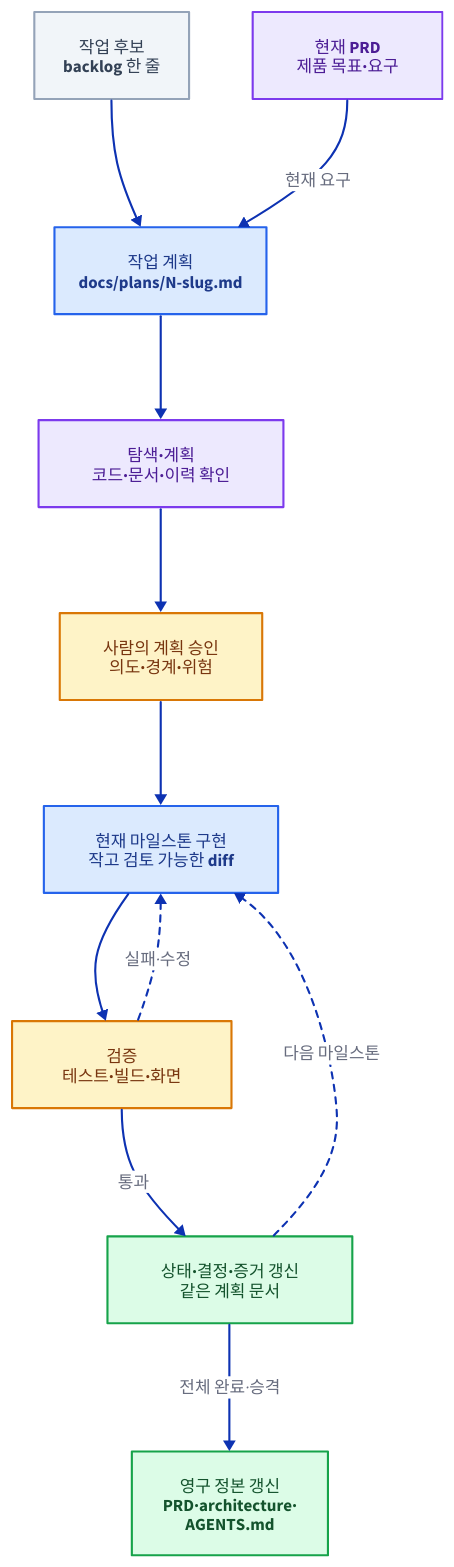
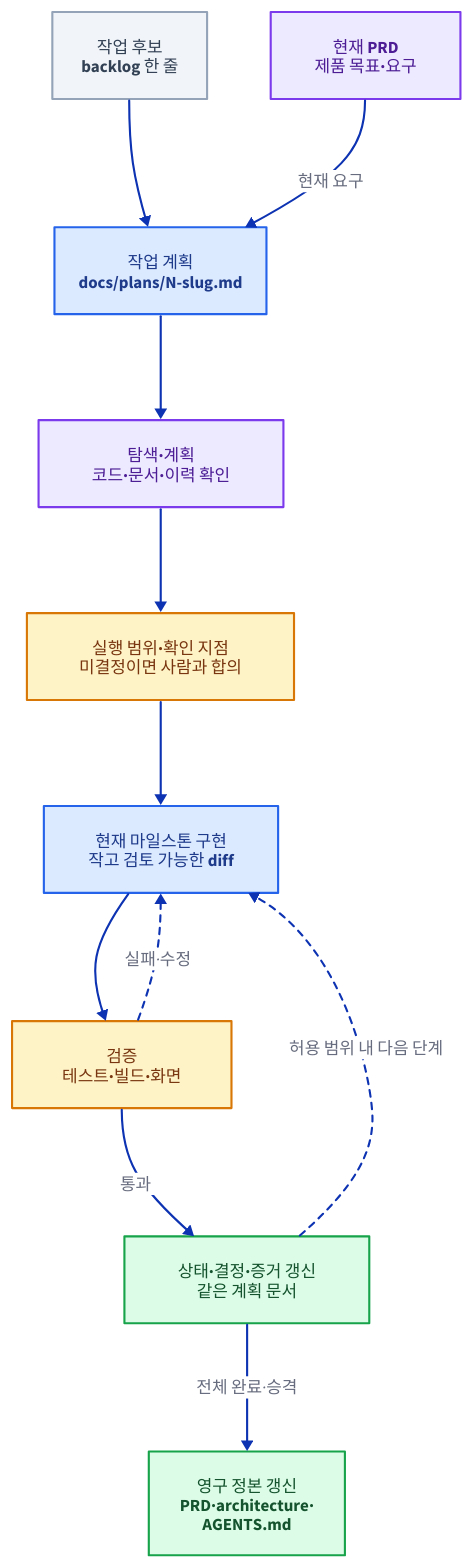
The diagram in src/content/docs/coding-agents/01-development-process.mdx (mechurak/study-starlight), drawn with D2 before and after one commit. The commit also changed other lines of this file and 5 other files, not shown here.

````diff
--- a/src/content/docs/coding-agents/01-development-process.mdx
+++ b/src/content/docs/coding-agents/01-development-process.mdx
@@ -41,32 +41,32 @@
 ```d2 layout=elk pad=40 title="현재 PRD와 backlog에서 로컬 작업 계획을 만들고 마일스톤 구현·검증 뒤 영구 정본을 갱신하는 흐름"
 direction: down
 
 classes: {
   key: { style: { fill: "#dbeafe"; stroke: "#2563eb"; font-color: "#1e3a8a" } }
   ok: { style: { fill: "#dcfce7"; stroke: "#16a34a"; font-color: "#14532d" } }
   warn: { style: { fill: "#fef3c7"; stroke: "#d97706"; font-color: "#78350f" } }
   mute: { style: { fill: "#f1f5f9"; stroke: "#94a3b8"; font-color: "#334155" } }
   zone: { style: { fill: "#ede9fe"; stroke: "#7c3aed"; font-color: "#4c1d95" } }
 }
 
 candidate: "작업 후보\nbacklog 한 줄" { class: mute }
 prd: "현재 PRD\n제품 목표·요구" { class: zone }
 work: "작업 계획\ndocs/plans/N-slug.md" { class: key }
 plan: "탐색·계획\n코드·문서·이력 확인" { class: zone }
-approve: "사람의 계획 승인\n의도·경계·위험" { class: warn }
+approve: "실행 범위·확인 지점\n미결정이면 사람과 합의" { class: warn }
 implement: "현재 마일스톤 구현\n작고 검토 가능한 diff" { class: key }
 verify: "검증\n테스트·빌드·화면" { class: warn }
 record: "상태·결정·증거 갱신\n같은 계획 문서" { class: ok }
 close: "영구 정본 갱신\nPRD·architecture·\nAGENTS.md" { class: ok }
 
 candidate -> work
 prd -> work: 현재 요구
 work -> plan
 plan -> approve
 approve -> implement
 implement -> verify
 verify -> implement: 실패·수정 { style.stroke-dash: 3 }
 verify -> record: 통과
-record -> implement: 다음 마일스톤 { style.stroke-dash: 3 }
+record -> implement: 허용 범위 내 다음 단계 { style.stroke-dash: 3 }
 record -> close: 전체 완료·승격
 ```
````
